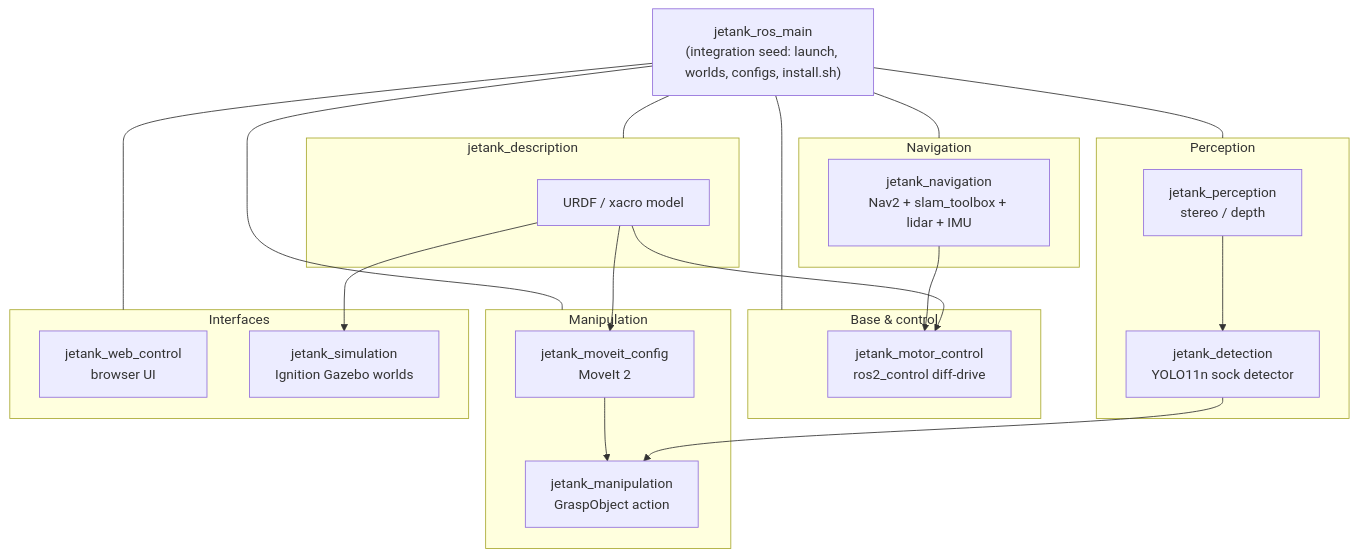
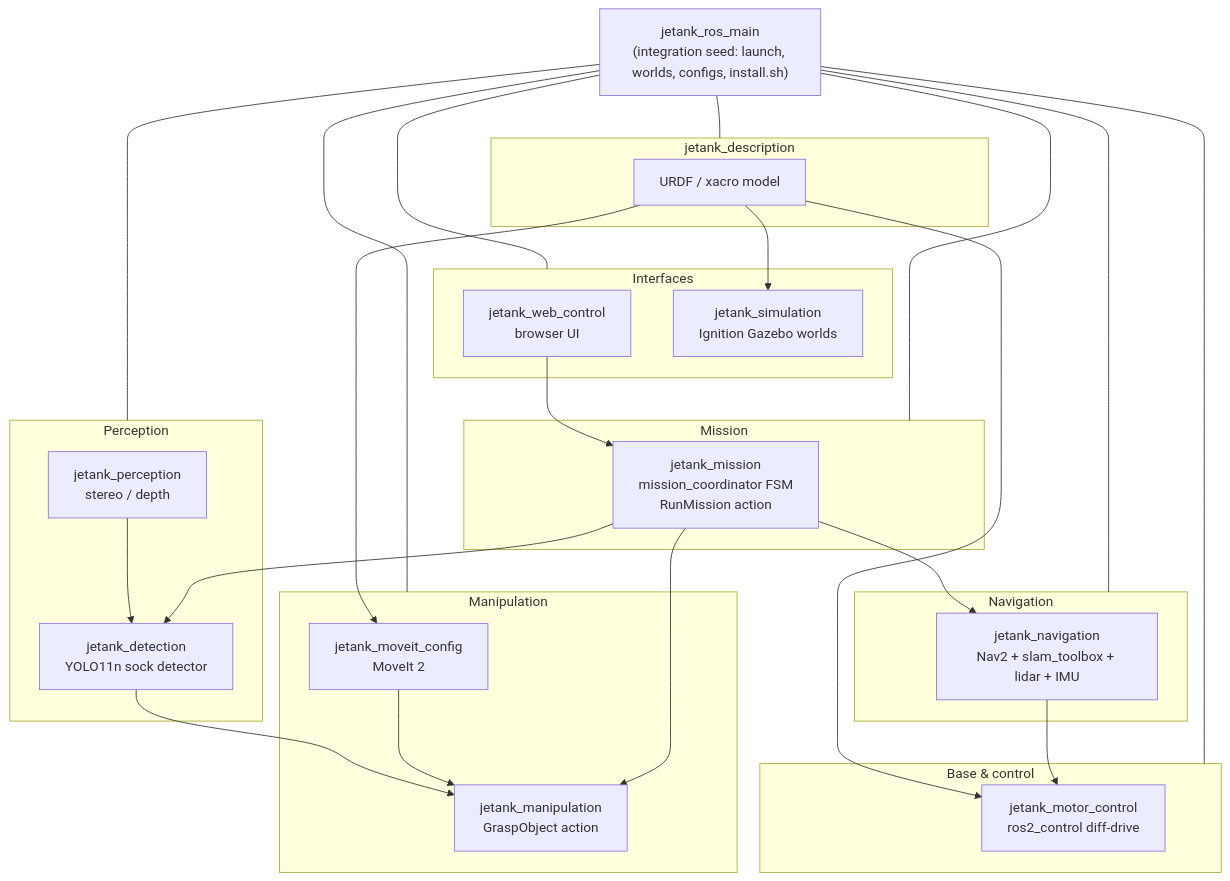
The diagram in README.md (kvgork/jetank_ros_main), drawn with Mermaid before and after one commit. The commit also changed other lines of this file and 1 other file, not shown here.

Commit message:
docs: README + SIM_CONTROL for fetch-sock mission, web_mission stack, gui/arm-active args, jetank_mission pkg Co-Authored-By: Claude Opus 4.8 (1M context) <noreply@anthropic.com>

````diff
--- a/README.md
+++ b/README.md
@@ -67,37 +69,43 @@
 ```mermaid
 flowchart TB
     subgraph desc["jetank_description"]
         URDF["URDF / xacro model"]
     end
 
     subgraph base["Base & control"]
         MOTOR["jetank_motor_control<br/>ros2_control diff-drive"]
     end
 
     subgraph sense["Perception"]
         PERC["jetank_perception<br/>stereo / depth"]
         DET["jetank_detection<br/>YOLO11n sock detector"]
     end
 
     subgraph nav["Navigation"]
         NAV["jetank_navigation<br/>Nav2 + slam_toolbox + lidar + IMU"]
     end
 
     subgraph arm["Manipulation"]
         MOVEIT["jetank_moveit_config<br/>MoveIt 2"]
         GRASP["jetank_manipulation<br/>GraspObject action"]
     end
 
     subgraph io["Interfaces"]
         WEB["jetank_web_control<br/>browser UI"]
         SIM["jetank_simulation<br/>Ignition Gazebo worlds"]
     end
 
+    subgraph mission["Mission"]
+        MISSION["jetank_mission<br/>mission_coordinator FSM<br/>RunMission action"]
+    end
+
     MAIN["jetank_ros_main<br/>(integration seed: launch, worlds, configs, install.sh)"]
 
-    MAIN --- desc & base & sense & nav & arm & io
+    MAIN --- desc & base & sense & nav & arm & io & mission
     URDF --> MOTOR & MOVEIT & SIM
     PERC --> DET --> GRASP
     NAV --> MOTOR
     MOVEIT --> GRASP
+    WEB --> MISSION
+    MISSION --> NAV & DET & GRASP
 ```
````
